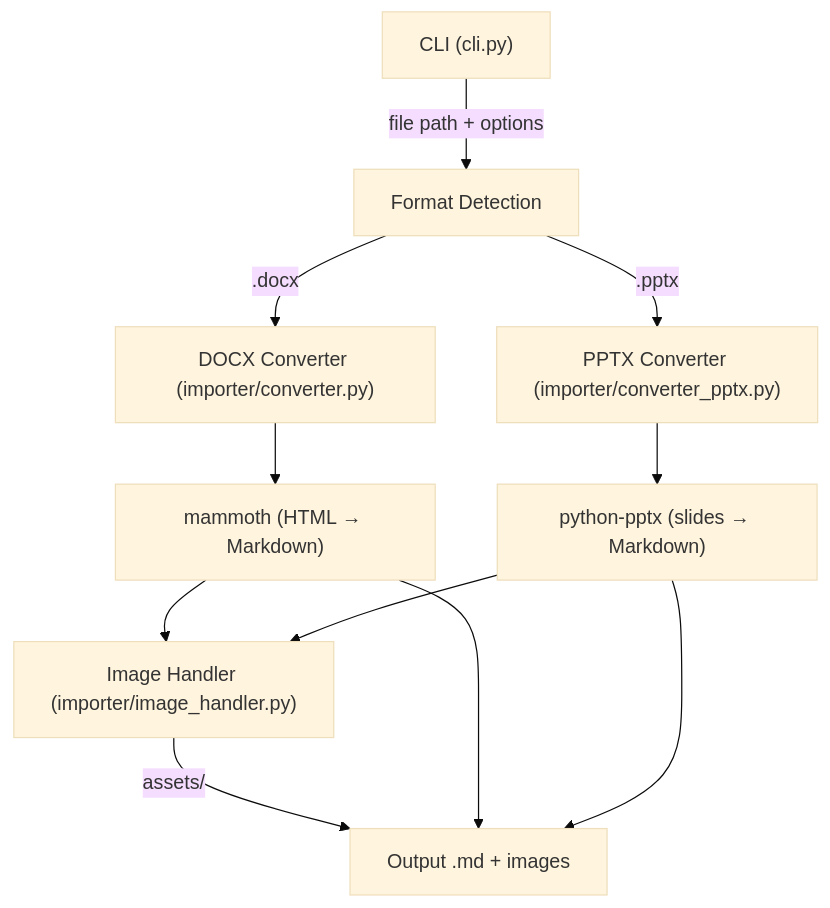
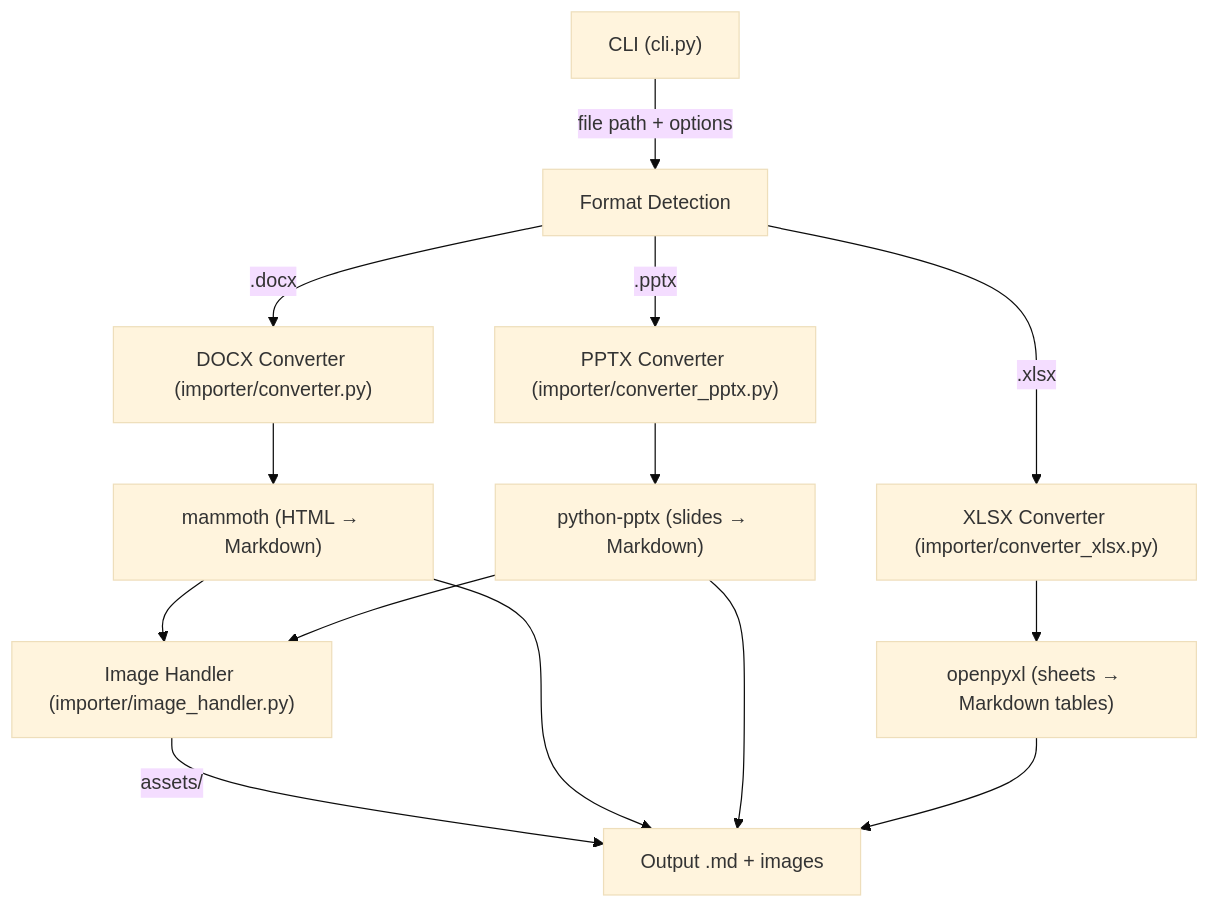
The second of 2 diagrams in docs/docs/architecture.md (hutchins/leafpress), drawn with Mermaid (base theme) before and after one commit. The commit also changed other lines of this file and 14 other files, not shown here.

First line of the commit message:
Fix mermaid diagram rendering with pymdownx.superfences

````diff
--- a/docs/docs/architecture.md
+++ b/docs/docs/architecture.md
@@ -117,13 +120,16 @@
 ```mermaid
 flowchart TD
     CLI["CLI (cli.py)"] --> |"file path + options"| DET["Format Detection"]
     DET --> |".docx"| DOCXI["DOCX Converter (importer/converter.py)"]
     DET --> |".pptx"| PPTXI["PPTX Converter (importer/converter_pptx.py)"]
+    DET --> |".xlsx"| XLSXI["XLSX Converter (importer/converter_xlsx.py)"]
     DOCXI --> MAM["mammoth (HTML → Markdown)"]
     PPTXI --> PPT["python-pptx (slides → Markdown)"]
+    XLSXI --> OPX["openpyxl (sheets → Markdown tables)"]
     MAM --> IMG["Image Handler (importer/image_handler.py)"]
     PPT --> IMG
     IMG --> |"assets/"| OUT["Output .md + images"]
     MAM --> OUT
     PPT --> OUT
+    OPX --> OUT
 ```
````
